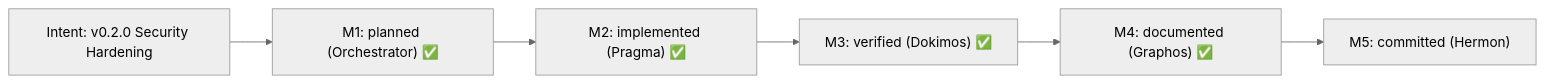
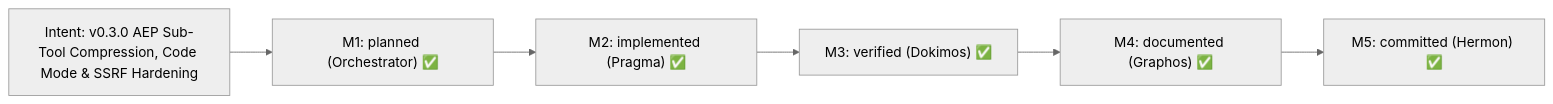
The first of 2 diagrams in README.md (ancrz/penpot-mcp-server), drawn with Mermaid (neutral theme) before and after one commit. The commit also changed other lines of this file and 23 other files, not shown here.

````diff
--- a/README.md
+++ b/README.md
@@ -32,8 +34,8 @@
 ```mermaid
 flowchart LR
-    I["Intent: v0.2.0 Security Hardening"] --> M1["M1: planned (Orchestrator) ✅"]
+    I["Intent: v0.3.0 AEP Sub-Tool Compression, Code Mode & SSRF Hardening"] --> M1["M1: planned (Orchestrator) ✅"]
     M1 --> M2["M2: implemented (Pragma) ✅"]
     M2 --> M3["M3: verified (Dokimos) ✅"]
     M3 --> M4["M4: documented (Graphos) ✅"]
-    M4 --> M5["M5: committed (Hermon)"]
+    M4 --> M5["M5: committed (Hermon) ✅"]
 ```
````
